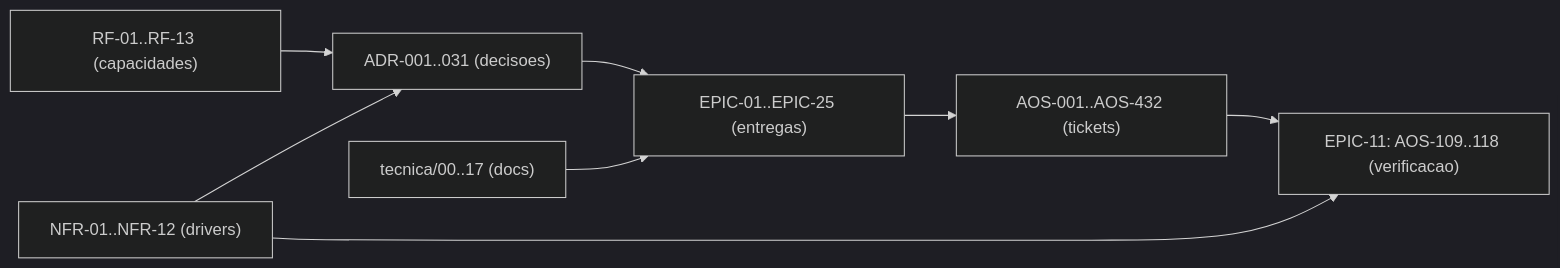
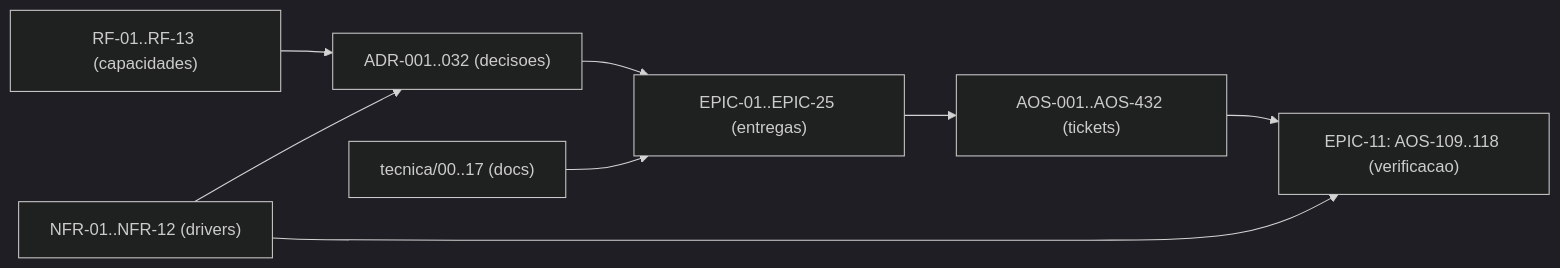
Before and after one commit to albinoJimy/aos: the diagram in tecnica/16_Rastreabilidade_RTM.md, drawn with Mermaid (dark theme). The commit also changed other lines of this file and 6 other files, not shown here.

````diff
--- a/tecnica/16_Rastreabilidade_RTM.md
+++ b/tecnica/16_Rastreabilidade_RTM.md
@@ -192,10 +193,10 @@
 ```mermaid
 flowchart LR
-    RF["RF-01..RF-13 (capacidades)"] --> ADR["ADR-001..031 (decisoes)"]
+    RF["RF-01..RF-13 (capacidades)"] --> ADR["ADR-001..032 (decisoes)"]
     NFR["NFR-01..NFR-12 (drivers)"] --> ADR
     ADR --> EPIC["EPIC-01..EPIC-25 (entregas)"]
     EPIC --> TICK["AOS-001..AOS-432 (tickets)"]
     DOC["tecnica/00..17 (docs)"] --> EPIC
     TICK --> TEST["EPIC-11: AOS-109..118 (verificacao)"]
     NFR --> TEST
 ```
````
